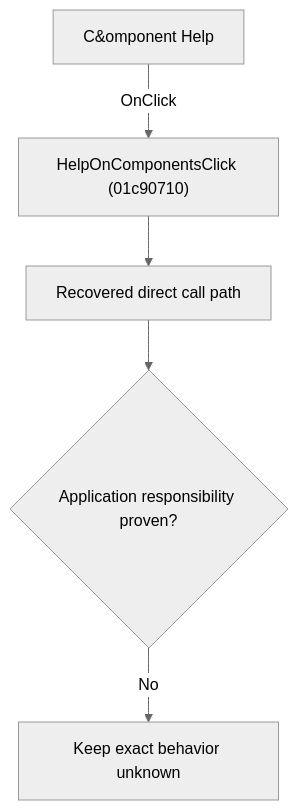
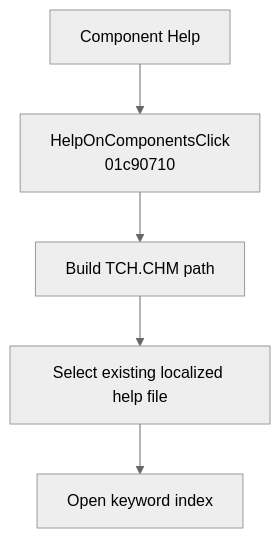
One commit to MovGP0/TIARA changed the diagram in docs/ui-controls/schematiceditor/helponcomponents-751c188485.md. Above: the diagram before and after it, drawn with Mermaid (neutral theme). The commit also changed other lines of this file and 241 other files, not shown here.

````diff
--- a/docs/ui-controls/schematiceditor/helponcomponents-751c188485.md
+++ b/docs/ui-controls/schematiceditor/helponcomponents-751c188485.md
@@ -27,7 +27,7 @@
 ```mermaid
 flowchart TD
-    control["C&omponent Help"] -->|"OnClick"| handler["HelpOnComponentsClick (01c90710)"]
-    handler --> recovered["Recovered direct call path"]
-    recovered --> gap{"Application responsibility proven?"}
-    gap -->|"No"| blocked["Keep exact behavior unknown"]
+    control["Component Help"] --> handler["HelpOnComponentsClick<br/>01c90710"]
+    handler --> path["Build TCH.CHM path"]
+    path --> locale["Select existing localized help file"]
+    locale --> help["Open keyword index"]
 ```
````
